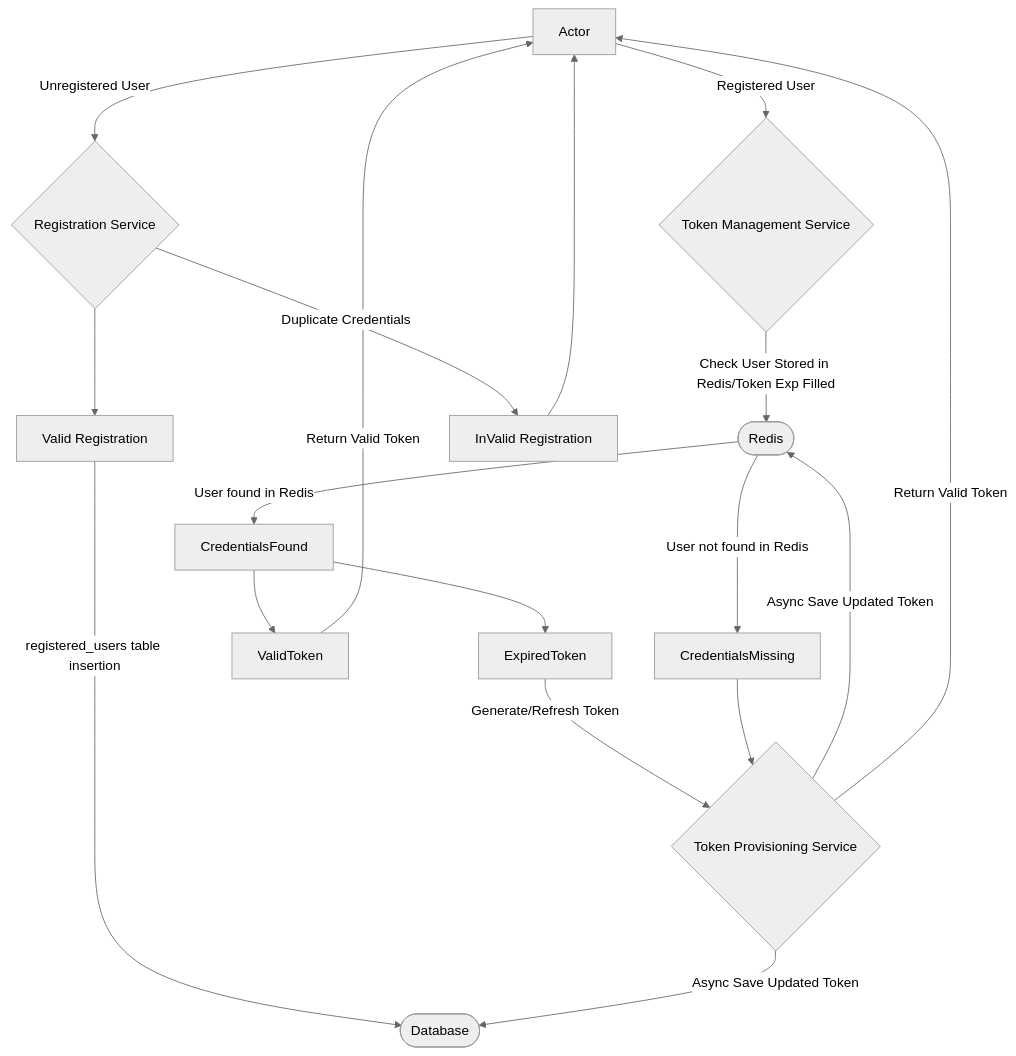
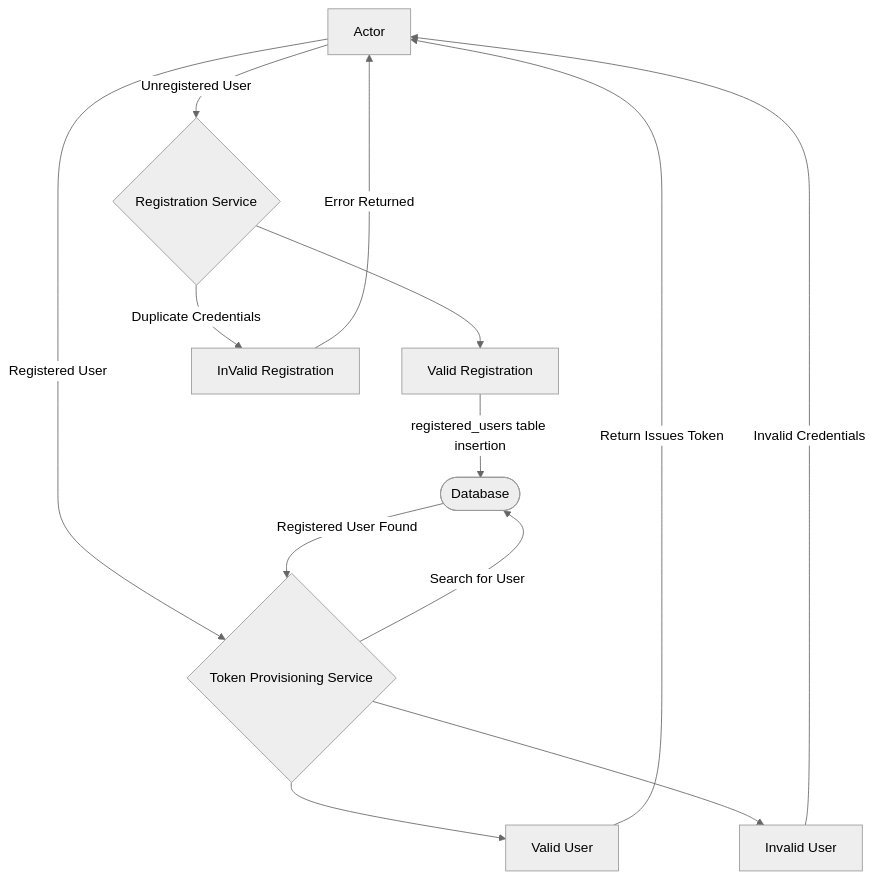
The diagram in documentation/registration.md (DanielKosmin/authorization-service), drawn with Mermaid (neutral theme) before and after one commit. The commit also changed 5 other files, not shown here.

````diff
--- a/documentation/registration.md
+++ b/documentation/registration.md
@@ -1,30 +1,23 @@
 ```mermaid
 flowchart TD
     Actor
     Database([Database])
-    Redis([Redis])
     RegistrationService{Registration Service}
-    TokenManagementService{Token Management Service}
     TokenProvisioningService{Token Provisioning Service}
     Valid[Valid Registration]
     InValid[InValid Registration]
     
     Actor -->|Unregistered User| RegistrationService
     RegistrationService --> Valid
     RegistrationService -->|Duplicate Credentials| InValid
-    InValid --> Actor
+    InValid -->|Error Returned| Actor
     Valid -->|registered_users table insertion| Database
-
-    Actor -->|Registered User| TokenManagementService
-    TokenManagementService -->|Check User Stored in Redis/Token Exp Filled| Redis
-    Redis -->|User found in Redis| CredentialsFound
-    CredentialsFound --> ExpiredToken
-    CredentialsFound --> ValidToken
-    ExpiredToken -->|Generate/Refresh Token| TokenProvisioningService
-    TokenProvisioningService -->|Async Save Updated Token| Database
-    TokenProvisioningService -->|Async Save Updated Token| Redis
-    TokenProvisioningService -->|Return Valid Token| Actor
-    ValidToken --> |Return Valid Token| Actor
-    Redis -->|User not found in Redis| CredentialsMissing
-    CredentialsMissing --> TokenProvisioningService
+    
+    Actor -->|Registered User| TokenProvisioningService
+    TokenProvisioningService -->|Search for User| Database
+    Database -->|Registered User Found| TokenProvisioningService
+    TokenProvisioningService --> ValidUser[Valid User]
+    TokenProvisioningService --> InvalidUser[Invalid User]
+    InvalidUser -->|Invalid Credentials| Actor
+    ValidUser -->|Return Issues Token| Actor
 ```
````
